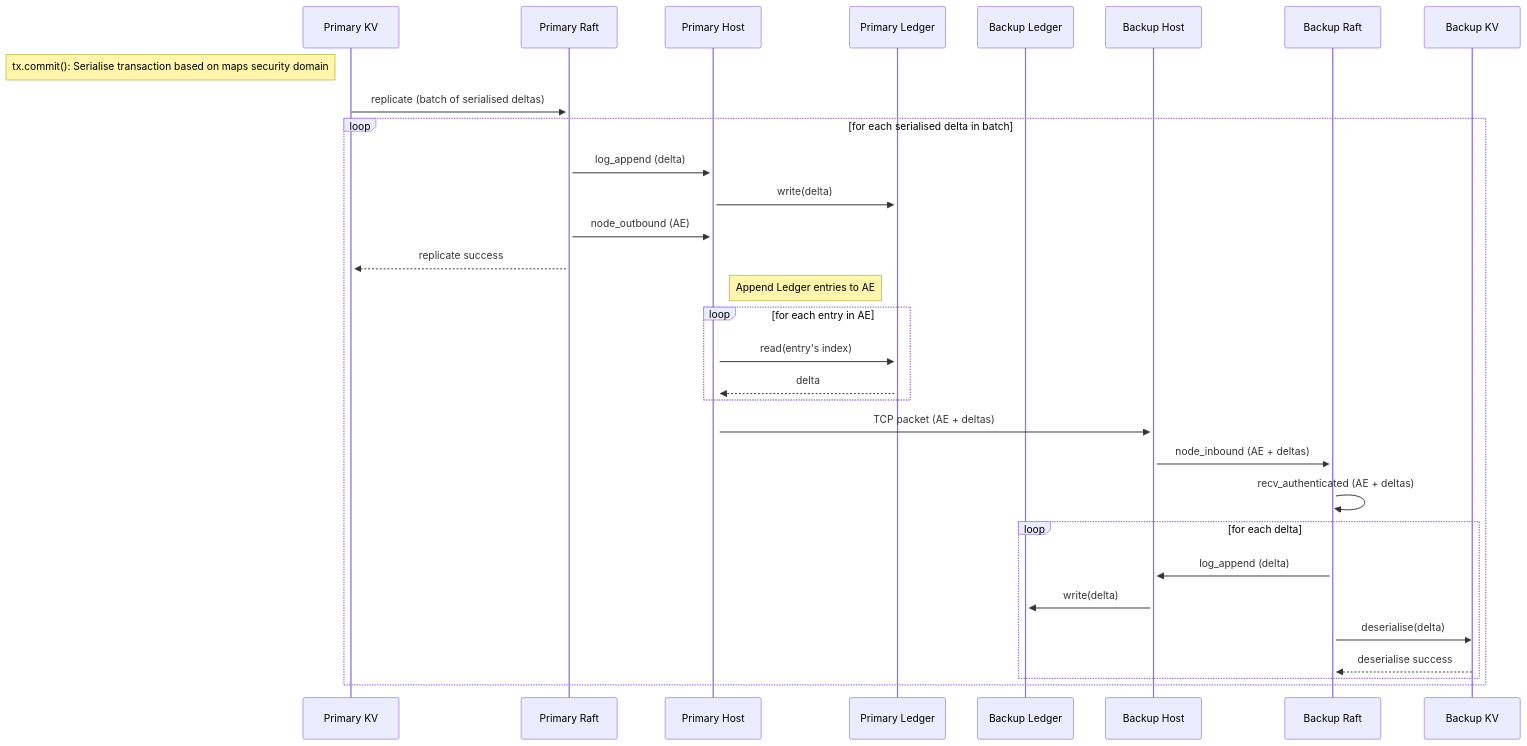
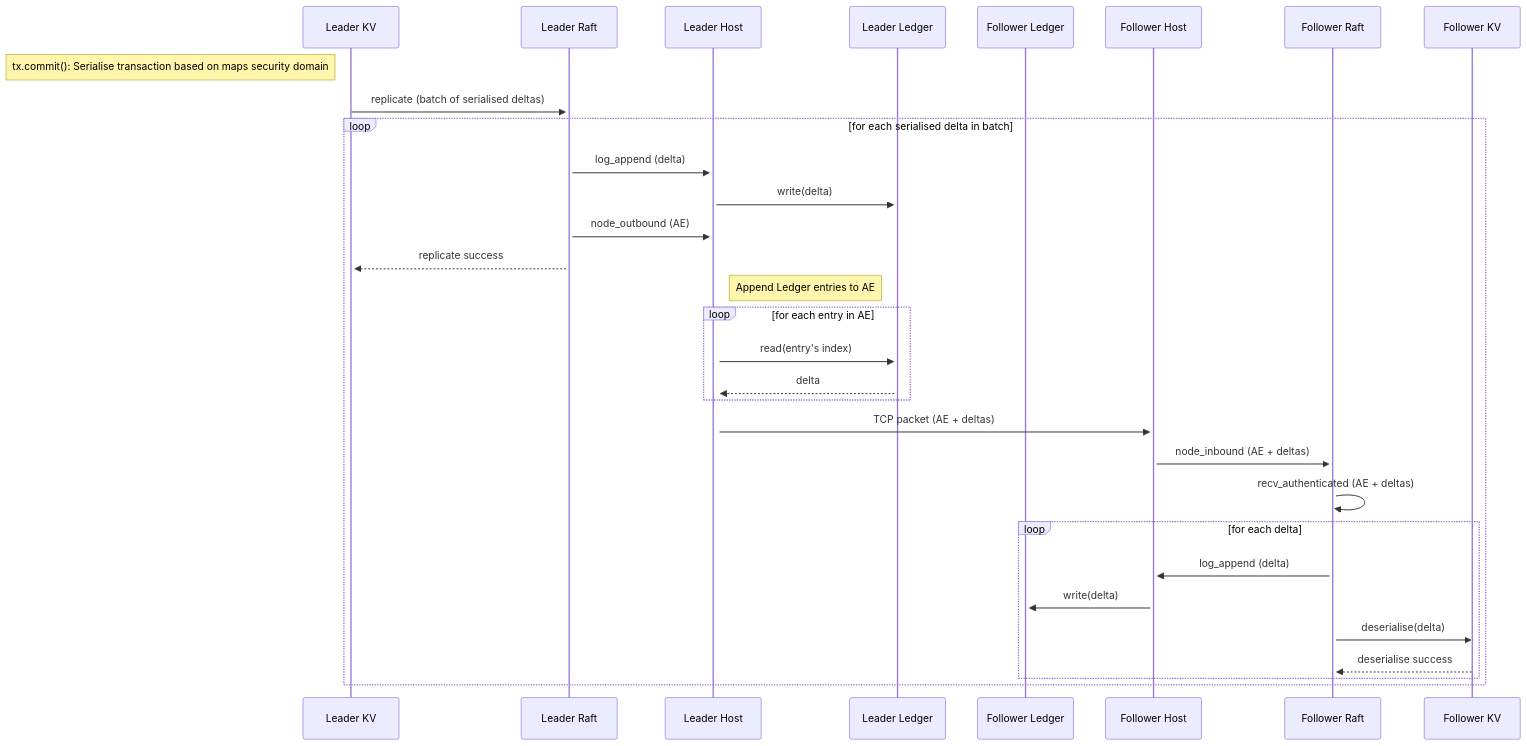
One commit to microsoft/CCF changed the diagram in sphinx/source/ledger.rst. Above: the diagram before and after it, drawn with Mermaid. The commit also changed other lines of this file and 8 other files, not shown here.

```diff
--- a/sphinx/source/ledger.rst
+++ b/sphinx/source/ledger.rst
@@ -28,41 +30,41 @@
 .. mermaid::
 
     sequenceDiagram
-        participant Primary KV
-        participant Primary Raft
-        participant Primary Host
-        participant Primary Ledger
+        participant Leader KV
+        participant Leader Raft
+        participant Leader Host
+        participant Leader Ledger
 
-        participant Backup Ledger
-        participant Backup Host
-        participant Backup Raft
-        participant Backup KV
+        participant Follower Ledger
+        participant Follower Host
+        participant Follower Raft
+        participant Follower KV
 
-        Note left of Primary KV: tx.commit(): Serialise transaction based on maps security domain
-        Primary KV->>+Primary Raft: replicate (batch of serialised deltas)
+        Note left of Leader KV: tx.commit(): Serialise transaction based on maps security domain
+        Leader KV->>+Leader Raft: replicate (batch of serialised deltas)
 
         loop for each serialised delta in batch
-            Primary Raft->>+Primary Host: log_append (delta)
-            Primary Host->>+Primary Ledger: write(delta)
+            Leader Raft->>+Leader Host: log_append (delta)
+            Leader Host->>+Leader Ledger: write(delta)
 
-            Primary Raft->>+Primary Host: node_outbound (AE)
-            Primary Raft-->>+Primary KV: replicate success
+            Leader Raft->>+Leader Host: node_outbound (AE)
+            Leader Raft-->>+Leader KV: replicate success
 
-            Note right of Primary Host: Append Ledger entries to AE
+            Note right of Leader Host: Append Ledger entries to AE
             loop for each entry in AE
-                Primary Host->>+Primary Ledger: read(entry's index)
-                Primary Ledger-->>Primary Host: delta
+                Leader Host->>+Leader Ledger: read(entry's index)
+                Leader Ledger-->>Leader Host: delta
             end
-            Primary Host->>+Backup Host: TCP packet (AE + deltas)
+            Leader Host->>+Follower Host: TCP packet (AE + deltas)
 
-            Backup Host->>+Backup Raft: node_inbound (AE + deltas)
+            Follower Host->>+Follower Raft: node_inbound (AE + deltas)
 
-            Backup Raft->>Backup Raft: recv_authenticated (AE + deltas)
+            Follower Raft->>Follower Raft: recv_authenticated (AE + deltas)
             loop for each delta
-                Backup Raft->>Backup Host: log_append (delta)
-                Backup Host->>+Backup Ledger: write(delta)
-                Backup Raft->>Backup KV: deserialise(delta)
-                Backup KV-->>+Backup Raft: deserialise success
+                Follower Raft->>Follower Host: log_append (delta)
+                Follower Host->>+Follower Ledger: write(delta)
+                Follower Raft->>Follower KV: deserialise(delta)
+                Follower KV-->>+Follower Raft: deserialise success
             end
 
         end
```
